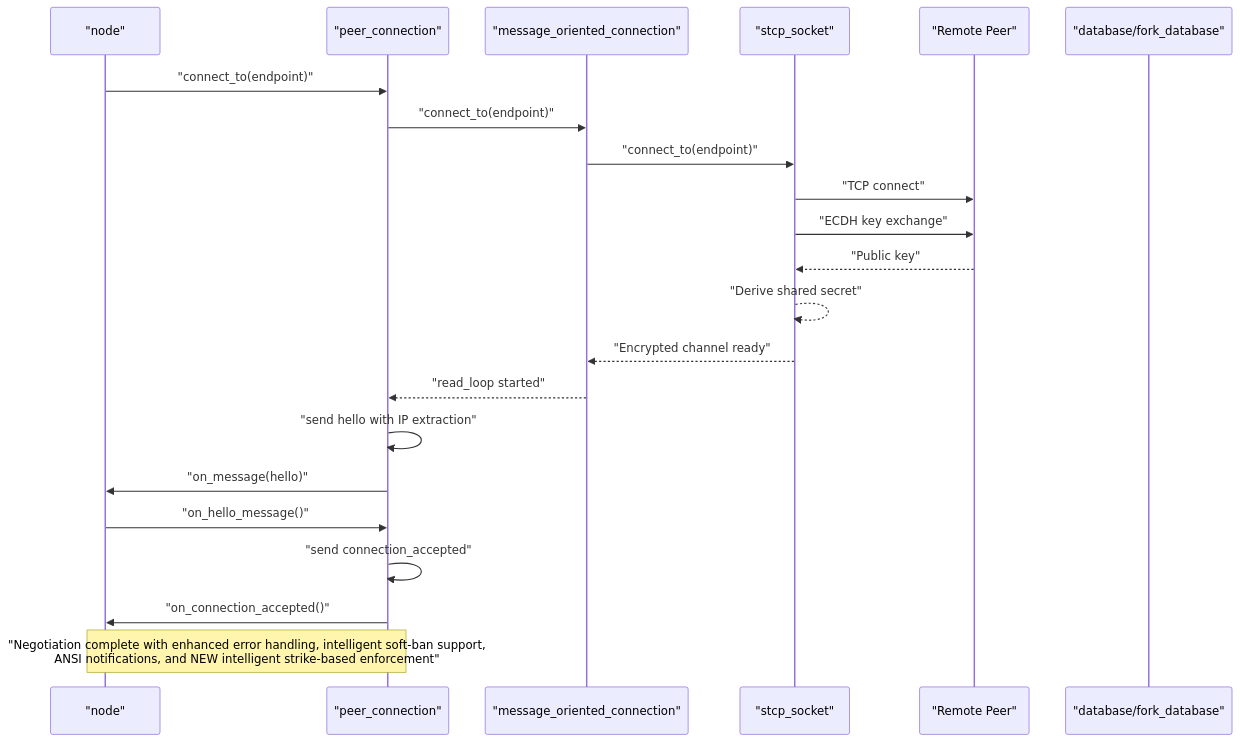
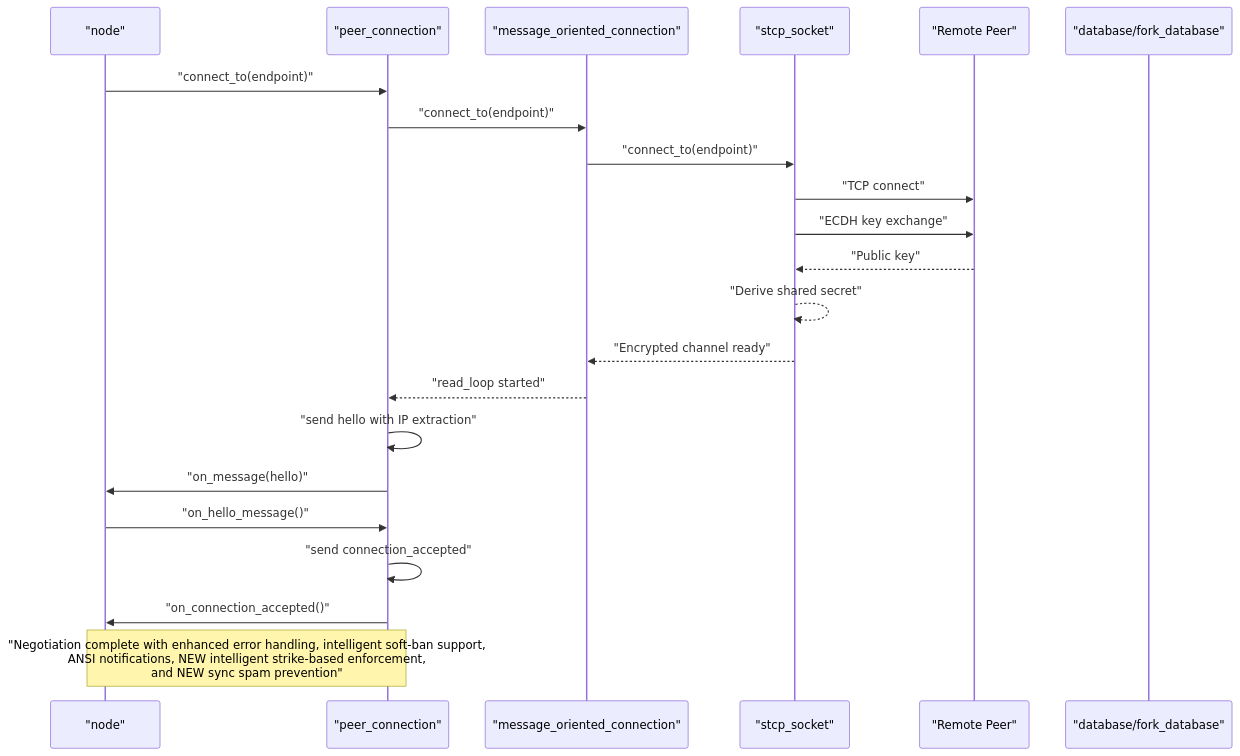
Before and after one commit to VIZ-Blockchain/viz-cpp-node: the second of 14 diagrams in .qoder/repowiki/en/content/Architecture Overview/Core Libraries/Network Library/Peer Connection Management.md, drawn with Mermaid. The commit also changed other lines of this file and 2 other files, not shown here.

First line of the commit message:
feat(network): add sync spam prevention with fork_rejected_until mechanism

````diff
--- a/.qoder/repowiki/en/content/Architecture Overview/Core Libraries/Network Library/Peer Connection Management.md
+++ b/.qoder/repowiki/en/content/Architecture Overview/Core Libraries/Network Library/Peer Connection Management.md
@@ -198,24 +199,24 @@
 ```mermaid
 sequenceDiagram
 participant Node as "node"
 participant Peer as "peer_connection"
 participant MOC as "message_oriented_connection"
 participant STCP as "stcp_socket"
 participant Remote as "Remote Peer"
 participant Chain as "database/fork_database"
 Node->>Peer : "connect_to(endpoint)"
 Peer->>MOC : "connect_to(endpoint)"
 MOC->>STCP : "connect_to(endpoint)"
 STCP->>Remote : "TCP connect"
 STCP->>Remote : "ECDH key exchange"
 Remote-->>STCP : "Public key"
 STCP-->>STCP : "Derive shared secret"
 STCP-->>MOC : "Encrypted channel ready"
 MOC-->>Peer : "read_loop started"
 Peer->>Peer : "send hello with IP extraction"
 Peer->>Node : "on_message(hello)"
 Node->>Peer : "on_hello_message()"
 Peer->>Peer : "send connection_accepted"
 Peer->>Node : "on_connection_accepted()"
-Note over Node,Peer : "Negotiation complete with enhanced error handling, intelligent soft-ban support,<br/>ANSI notifications, and NEW intelligent strike-based enforcement"
+Note over Node,Peer : "Negotiation complete with enhanced error handling, intelligent soft-ban support,<br/>ANSI notifications, NEW intelligent strike-based enforcement,<br/>and NEW sync spam prevention"
 ```
````
